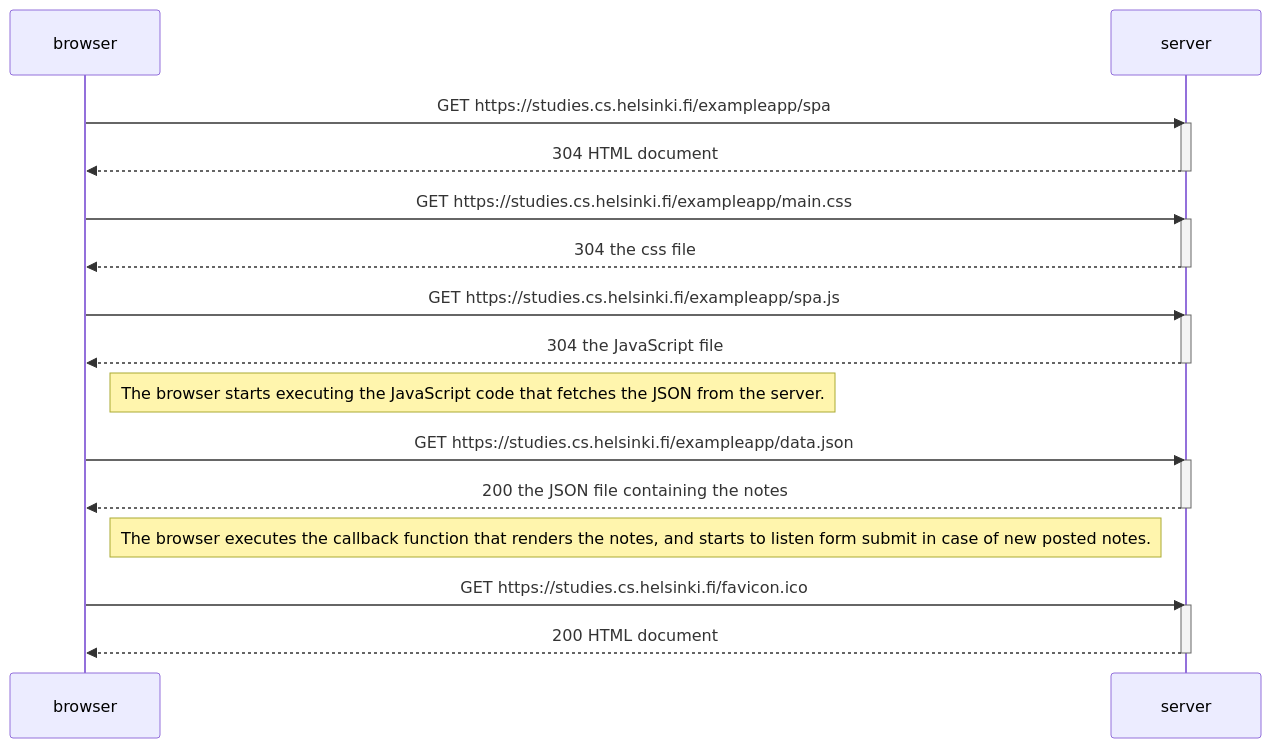
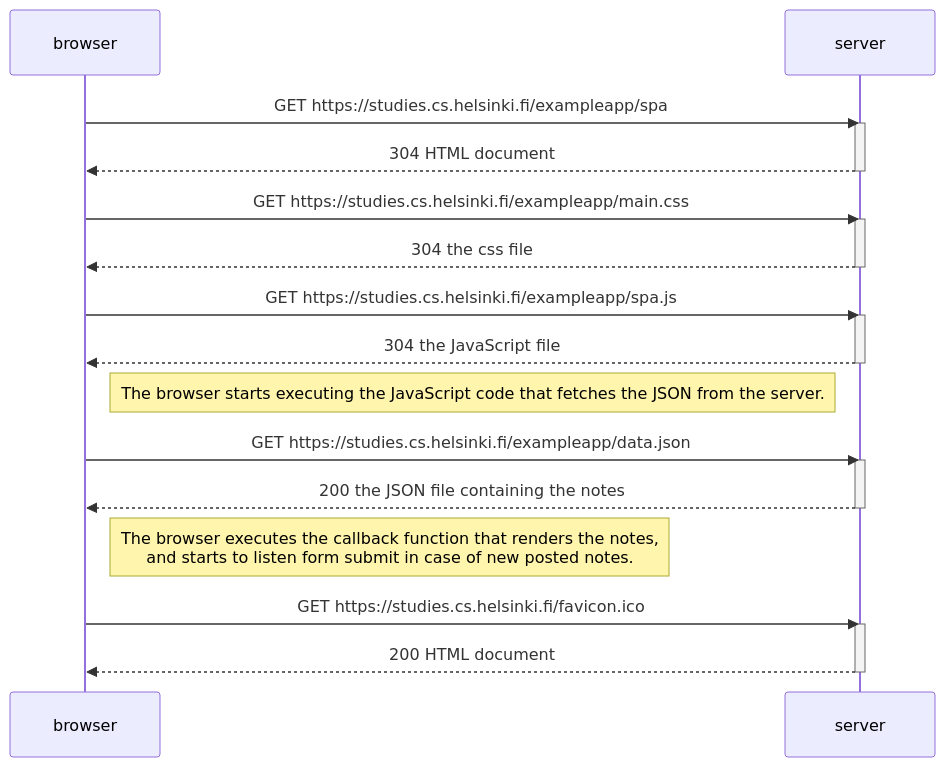
The diagram in part0/viewspadiagram.md (immosentomppa/fullstackopen), drawn with Mermaid before and after one commit.

````diff
--- a/part0/viewspadiagram.md
+++ b/part0/viewspadiagram.md
@@ -1,34 +1,34 @@
 ```mermaid
 sequenceDiagram
     participant browser
     participant server
 
     browser->>server: GET https://studies.cs.helsinki.fi/exampleapp/spa
     activate server
     server-->>browser: 304 HTML document
     deactivate server
 
     browser->>server: GET https://studies.cs.helsinki.fi/exampleapp/main.css
     activate server
     server-->>browser: 304 the css file
     deactivate server
 
     browser->>server: GET https://studies.cs.helsinki.fi/exampleapp/spa.js
     activate server
     server-->>browser: 304 the JavaScript file
     deactivate server
 
     Note right of browser: The browser starts executing the JavaScript code that fetches the JSON from the server.
 
     browser->>server: GET https://studies.cs.helsinki.fi/exampleapp/data.json
     activate server
     server-->>browser: 200 the JSON file containing the notes
     deactivate server
 
-    Note right of browser: The browser executes the callback function that renders the notes, and starts to listen form submit in case of new posted notes.
+    Note right of browser: The browser executes the callback function that renders the notes,<br/>and starts to listen form submit in case of new posted notes.
     
     browser->>server: GET https://studies.cs.helsinki.fi/favicon.ico
     activate server
     server-->>browser: 200 HTML document
     deactivate server
 ```    
````
